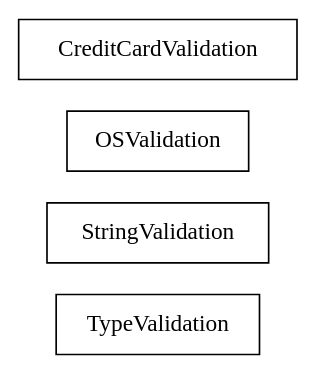
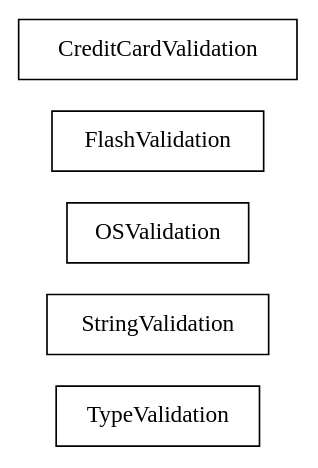
One commit to sekati/sasapi changed the diagram in docs/com/sekati/validate/classes.dot. Above: the diagram before and after it, drawn with Graphviz. The commit also changed 95 other files, not shown here.

```diff
--- a/docs/com/sekati/validate/classes.dot
+++ b/docs/com/sekati/validate/classes.dot
@@ -1,27 +1,33 @@
 strict digraph class_diagram {
   rankdir=LR;
   TypeTypeValidation[
     label="TypeValidation",
     URL="TypeValidation.html",
     tooltip="com.sekati.validate.TypeValidation",
     shape="record"
   ];
   TypeStringValidation[
     label="StringValidation",
     URL="StringValidation.html",
     tooltip="com.sekati.validate.StringValidation",
     shape="record"
   ];
   TypeOSValidation[
     label="OSValidation",
     URL="OSValidation.html",
     tooltip="com.sekati.validate.OSValidation",
     shape="record"
   ];
+  TypeFlashValidation[
+    label="FlashValidation",
+    URL="FlashValidation.html",
+    tooltip="com.sekati.validate.FlashValidation",
+    shape="record"
+  ];
   TypeCreditCardValidation[
     label="CreditCardValidation",
     URL="CreditCardValidation.html",
     tooltip="com.sekati.validate.CreditCardValidation",
     shape="record"
   ];
 }
```
